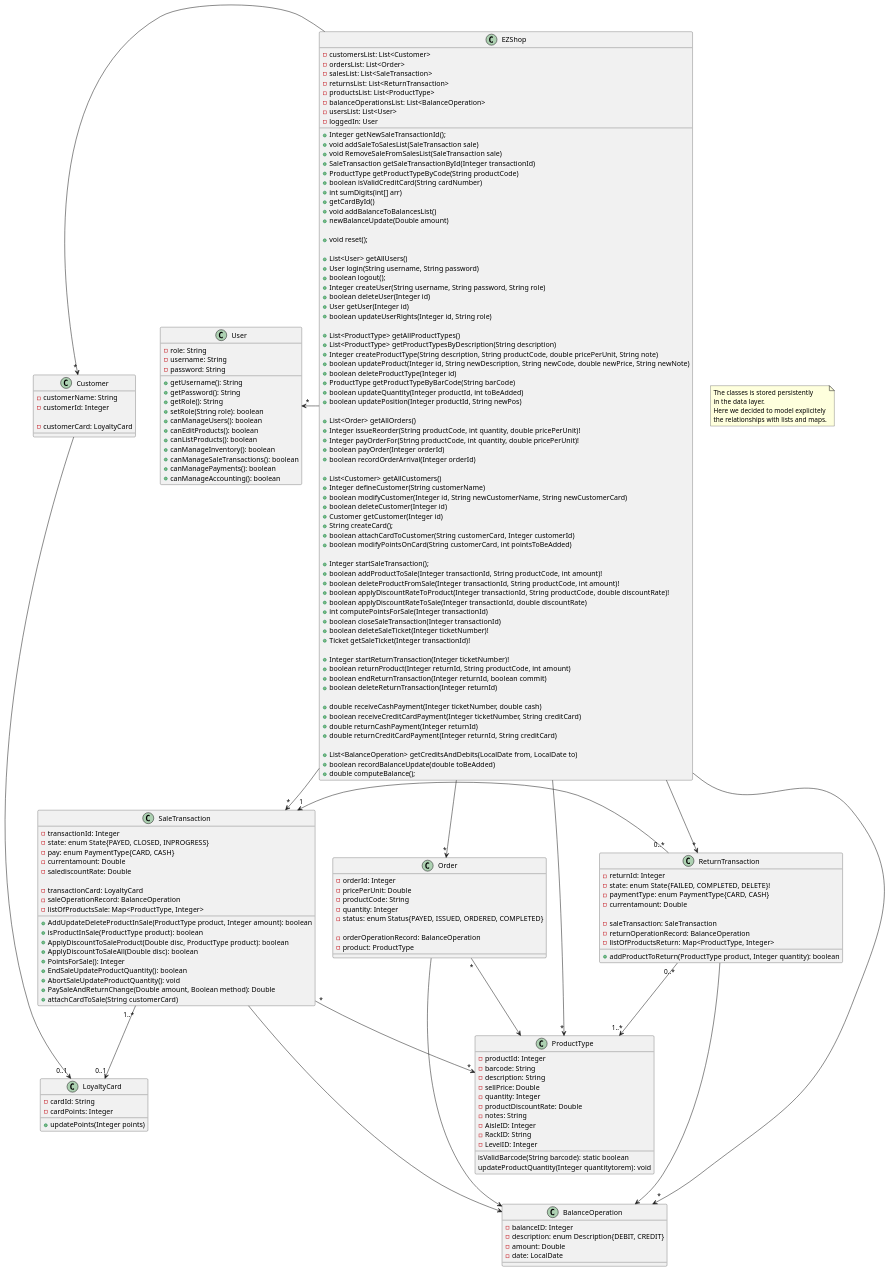
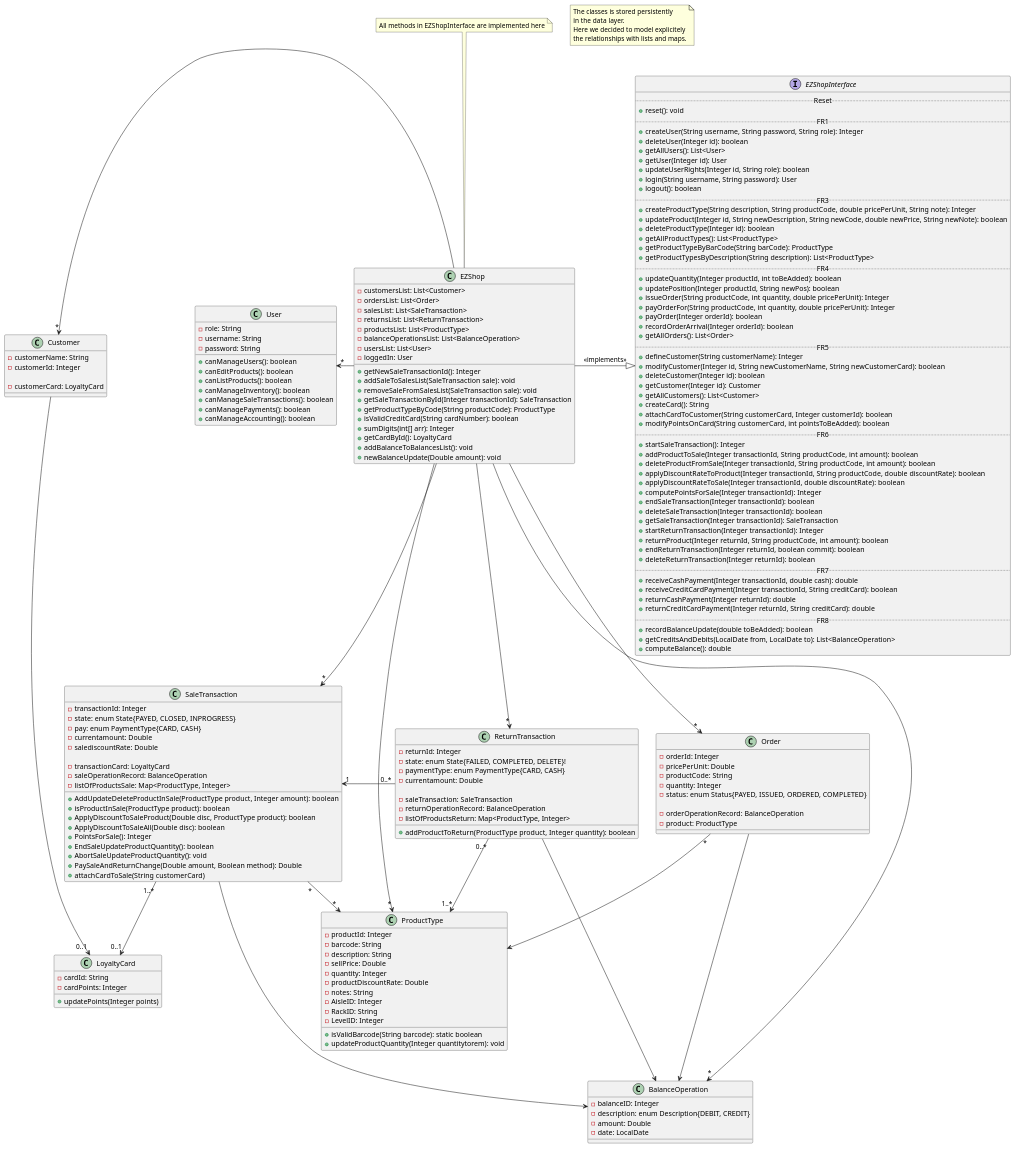
One commit to gioele-scaletta/EZShop-Software-Engineering-Project changed the second of 16 diagrams in Deliverables/DesignDocument.md. Above: the diagram before and after it, drawn with PlantUML.

Commit message:
docs: update Class Diagram

```diff
--- a/Deliverables/DesignDocument.md
+++ b/Deliverables/DesignDocument.md
@@ -43,186 +43,188 @@
     the relationships with lists and maps.
 end note
 
-class EZShop{
-    -customersList: List<Customer>
-    -ordersList: List<Order>
-    -salesList: List<SaleTransaction>
-    -returnsList: List<ReturnTransaction>
-    -productsList: List<ProductType>
-    -balanceOperationsList: List<BalanceOperation>
-    -usersList: List<User>
-    -loggedIn: User
-
-    +Integer getNewSaleTransactionId();
-    +void addSaleToSalesList(SaleTransaction sale)
-    +void RemoveSaleFromSalesList(SaleTransaction sale)
-    +SaleTransaction getSaleTransactionById(Integer transactionId)
-    +ProductType getProductTypeByCode(String productCode)
-    +boolean isValidCreditCard(String cardNumber)
-    +int sumDigits(int[] arr)
-    +getCardById()
-    +void addBalanceToBalancesList()
-    +newBalanceUpdate(Double amount)
-
-    +void reset();
-
-    +List<User> getAllUsers()
-    +User login(String username, String password)
-    +boolean logout();
-    +Integer createUser(String username, String password, String role)
-    +boolean deleteUser(Integer id)
-    +User getUser(Integer id)
-    +boolean updateUserRights(Integer id, String role)
-
-    +List<ProductType> getAllProductTypes()
-    +List<ProductType> getProductTypesByDescription(String description)
-    +Integer createProductType(String description, String productCode, double pricePerUnit, String note)
-    +boolean updateProduct(Integer id, String newDescription, String newCode, double newPrice, String newNote)
-    +boolean deleteProductType(Integer id)
-    +ProductType getProductTypeByBarCode(String barCode)
-    +boolean updateQuantity(Integer productId, int toBeAdded)
-    +boolean updatePosition(Integer productId, String newPos)
-
-    +List<Order> getAllOrders()
-    +Integer issueReorder(String productCode, int quantity, double pricePerUnit)!
-    +Integer payOrderFor(String productCode, int quantity, double pricePerUnit)!
-    +boolean payOrder(Integer orderId)
-    +boolean recordOrderArrival(Integer orderId)
-
-    +List<Customer> getAllCustomers()
-    +Integer defineCustomer(String customerName)
-    +boolean modifyCustomer(Integer id, String newCustomerName, String newCustomerCard)
-    +boolean deleteCustomer(Integer id)
-    +Customer getCustomer(Integer id)
-    +String createCard();
-    +boolean attachCardToCustomer(String customerCard, Integer customerId)
-    +boolean modifyPointsOnCard(String customerCard, int pointsToBeAdded)
-
-    +Integer startSaleTransaction();
-    +boolean addProductToSale(Integer transactionId, String productCode, int amount)!
-    +boolean deleteProductFromSale(Integer transactionId, String productCode, int amount)!
-    +boolean applyDiscountRateToProduct(Integer transactionId, String productCode, double discountRate)!
-    +boolean applyDiscountRateToSale(Integer transactionId, double discountRate)
-    +int computePointsForSale(Integer transactionId)
-    +boolean closeSaleTransaction(Integer transactionId)
-    +boolean deleteSaleTicket(Integer ticketNumber)!
-    +Ticket getSaleTicket(Integer transactionId)!
-
-    +Integer startReturnTransaction(Integer ticketNumber)!
-    +boolean returnProduct(Integer returnId, String productCode, int amount)
-    +boolean endReturnTransaction(Integer returnId, boolean commit)
-    +boolean deleteReturnTransaction(Integer returnId)
-
-    +double receiveCashPayment(Integer ticketNumber, double cash)  
-    +boolean receiveCreditCardPayment(Integer ticketNumber, String creditCard)
-    +double returnCashPayment(Integer returnId)
-    +double returnCreditCardPayment(Integer returnId, String creditCard)
-
-    +List<BalanceOperation> getCreditsAndDebits(LocalDate from, LocalDate to)
-    +boolean recordBalanceUpdate(double toBeAdded)
-    +double computeBalance();
+interface EZShopInterface {
+    .. Reset ..
+    + reset(): void
+    .. FR1 ..
+    + createUser(String username, String password, String role): Integer
+    + deleteUser(Integer id): boolean
+    + getAllUsers(): List<User>
+    + getUser(Integer id): User
+    + updateUserRights(Integer id, String role): boolean
+    + login(String username, String password): User
+    + logout(): boolean
+    .. FR3 ..
+    + createProductType(String description, String productCode, double pricePerUnit, String note): Integer
+    + updateProduct(Integer id, String newDescription, String newCode, double newPrice, String newNote): boolean
+    + deleteProductType(Integer id): boolean
+    + getAllProductTypes(): List<ProductType>
+    + getProductTypeByBarCode(String barCode): ProductType
+    + getProductTypesByDescription(String description): List<ProductType>
+    .. FR4 ..
+    + updateQuantity(Integer productId, int toBeAdded): boolean
+    + updatePosition(Integer productId, String newPos): boolean
+    + issueOrder(String productCode, int quantity, double pricePerUnit): Integer
+    + payOrderFor(String productCode, int quantity, double pricePerUnit): Integer
+    + payOrder(Integer orderId): boolean
+    + recordOrderArrival(Integer orderId): boolean
+    + getAllOrders(): List<Order>
+    .. FR5 ..
+    + defineCustomer(String customerName): Integer
+    + modifyCustomer(Integer id, String newCustomerName, String newCustomerCard): boolean
+    + deleteCustomer(Integer id): boolean
+    + getCustomer(Integer id): Customer
+    + getAllCustomers(): List<Customer>
+    + createCard(): String
+    + attachCardToCustomer(String customerCard, Integer customerId): boolean
+    + modifyPointsOnCard(String customerCard, int pointsToBeAdded): boolean
+    .. FR6 ..
+    + startSaleTransaction(): Integer
+    + addProductToSale(Integer transactionId, String productCode, int amount): boolean
+    + deleteProductFromSale(Integer transactionId, String productCode, int amount): boolean
+    + applyDiscountRateToProduct(Integer transactionId, String productCode, double discountRate): boolean
+    + applyDiscountRateToSale(Integer transactionId, double discountRate): boolean
+    + computePointsForSale(Integer transactionId): Integer
+    + endSaleTransaction(Integer transactionId): boolean
+    + deleteSaleTransaction(Integer transactionId): boolean
+    + getSaleTransaction(Integer transactionId): SaleTransaction
+    + startReturnTransaction(Integer transactionId): Integer
+    + returnProduct(Integer returnId, String productCode, int amount): boolean
+    + endReturnTransaction(Integer returnId, boolean commit): boolean
+    + deleteReturnTransaction(Integer returnId): boolean
+    .. FR7 ..
+    + receiveCashPayment(Integer transactionId, double cash): double
+    + receiveCreditCardPayment(Integer transactionId, String creditCard): boolean
+    + returnCashPayment(Integer returnId): double
+    + returnCreditCardPayment(Integer returnId, String creditCard): double
+    .. FR8 ..
+    + recordBalanceUpdate(double toBeAdded): boolean
+    + getCreditsAndDebits(LocalDate from, LocalDate to): List<BalanceOperation>
+    + computeBalance(): double
 }
 
+class EZShop{
+    - customersList: List<Customer>
+    - ordersList: List<Order>
+    - salesList: List<SaleTransaction>
+    - returnsList: List<ReturnTransaction>
+    - productsList: List<ProductType>
+    - balanceOperationsList: List<BalanceOperation>
+    - usersList: List<User>
+    - loggedIn: User
+
+    + getNewSaleTransactionId(): Integer
+    + addSaleToSalesList(SaleTransaction sale): void
+    + removeSaleFromSalesList(SaleTransaction sale): void
+    + getSaleTransactionById(Integer transactionId): SaleTransaction
+    + getProductTypeByCode(String productCode): ProductType
+    + isValidCreditCard(String cardNumber): boolean
+    + sumDigits(int[] arr): Integer
+    + getCardById(): LoyaltyCard
+    + addBalanceToBalancesList(): void
+    + newBalanceUpdate(Double amount): void
+}
+
+note top: All methods in EZShopInterface are implemented here
+
 class User{
-    -role: String
-    -username: String
-    -password: String
+    - role: String
+    - username: String
+    - password: String
 
-    +getUsername(): String
-    +getPassword(): String
-    +getRole(): String
-    +setRole(String role): boolean
-    +canManageUsers(): boolean
-    +canEditProducts(): boolean
-    +canListProducts(): boolean
-    +canManageInventory(): boolean
-    +canManageSaleTransactions(): boolean
-    +canManagePayments(): boolean
-    +canManageAccounting(): boolean
+    + canManageUsers(): boolean
+    + canEditProducts(): boolean
+    + canListProducts(): boolean
+    + canManageInventory(): boolean
+    + canManageSaleTransactions(): boolean
+    + canManagePayments(): boolean
+    + canManageAccounting(): boolean
 }
 
 class Customer{
-    -customerName: String
-    -customerId: Integer
+    - customerName: String
+    - customerId: Integer
 
-    -customerCard: LoyaltyCard
+    - customerCard: LoyaltyCard
 }
 
 class LoyaltyCard{
-    -cardId: String
-    -cardPoints: Integer
+    - cardId: String
+    - cardPoints: Integer
 
-    +updatePoints(Integer points)
+    + updatePoints(Integer points)
 }
 
 class SaleTransaction {
-    -transactionId: Integer
-    -state: enum State{PAYED, CLOSED, INPROGRESS}
-    -pay: enum PaymentType{CARD, CASH}
-    -currentamount: Double
-    -salediscountRate: Double
+    - transactionId: Integer
+    - state: enum State{PAYED, CLOSED, INPROGRESS}
+    - pay: enum PaymentType{CARD, CASH}
+    - currentamount: Double
+    - salediscountRate: Double
 
-    -transactionCard: LoyaltyCard
-    -saleOperationRecord: BalanceOperation
-    -listOfProductsSale: Map<ProductType, Integer>
+    - transactionCard: LoyaltyCard
+    - saleOperationRecord: BalanceOperation
+    - listOfProductsSale: Map<ProductType, Integer>
 
-    +AddUpdateDeleteProductInSale(ProductType product, Integer amount): boolean
-    +isProductInSale(ProductType product): boolean
-    +ApplyDiscountToSaleProduct(Double disc, ProductType product): boolean
-    +ApplyDiscountToSaleAll(Double disc): boolean
-    +PointsForSale(): Integer
-    +EndSaleUpdateProductQuantity(): boolean
-    +AbortSaleUpdateProductQuantity(): void
-    +PaySaleAndReturnChange(Double amount, Boolean method): Double
-    +attachCardToSale(String customerCard)
+    + AddUpdateDeleteProductInSale(ProductType product, Integer amount): boolean
+    + isProductInSale(ProductType product): boolean
+    + ApplyDiscountToSaleProduct(Double disc, ProductType product): boolean
+    + ApplyDiscountToSaleAll(Double disc): boolean
+    + PointsForSale(): Integer
+    + EndSaleUpdateProductQuantity(): boolean
+    + AbortSaleUpdateProductQuantity(): void
+    + PaySaleAndReturnChange(Double amount, Boolean method): Double
+    + attachCardToSale(String customerCard)
 }
 
 class ReturnTransaction {
-    -returnId: Integer
-    -state: enum State{FAILED, COMPLETED, DELETE}!
-    -paymentType: enum PaymentType{CARD, CASH}
-    -currentamount: Double
+    - returnId: Integer
+    - state: enum State{FAILED, COMPLETED, DELETE}!
+    - paymentType: enum PaymentType{CARD, CASH}
+    - currentamount: Double
 
-    -saleTransaction: SaleTransaction
-    -returnOperationRecord: BalanceOperation
-    -listOfProductsReturn: Map<ProductType, Integer>
+    - saleTransaction: SaleTransaction
+    - returnOperationRecord: BalanceOperation
+    - listOfProductsReturn: Map<ProductType, Integer>
 
-    +addProductToReturn(ProductType product, Integer quantity): boolean
+    + addProductToReturn(ProductType product, Integer quantity): boolean
 }
 
 class Order {
-    -orderId: Integer
-    -pricePerUnit: Double
-    -productCode: String
-    -quantity: Integer
-    -status: enum Status{PAYED, ISSUED, ORDERED, COMPLETED}
+    - orderId: Integer
+    - pricePerUnit: Double
+    - productCode: String
+    - quantity: Integer
+    - status: enum Status{PAYED, ISSUED, ORDERED, COMPLETED}
 
-    -orderOperationRecord: BalanceOperation
-    -product: ProductType
+    - orderOperationRecord: BalanceOperation
+    - product: ProductType
 }
 
 class BalanceOperation {
-    -balanceID: Integer
-    -description: enum Description{DEBIT, CREDIT}
-    -amount: Double
-    -date: LocalDate
+    - balanceID: Integer
+    - description: enum Description{DEBIT, CREDIT}
+    - amount: Double
+    - date: LocalDate
 }
 
 class ProductType{
-    -productId: Integer
-    -barcode: String
-    -description: String
-    -sellPrice: Double
-    -quantity: Integer
-    -productDiscountRate: Double
-    -notes: String
-    -AisleID: Integer
-    -RackID: String
-    -LevelID: Integer
+    - productId: Integer
+    - barcode: String
+    - description: String
+    - sellPrice: Double
+    - quantity: Integer
+    - productDiscountRate: Double
+    - notes: String
+    - AisleID: Integer
+    - RackID: String
+    - LevelID: Integer
 
-    isValidBarcode(String barcode): static boolean
-    updateProductQuantity(Integer quantitytorem): void
+    + isValidBarcode(String barcode): static boolean
+    + updateProductQuantity(Integer quantitytorem): void
 }
+
+EZShop -|> EZShopInterface : <<implements>>
 
 User "*" <- EZShop
 Customer "*" <- EZShop
```
